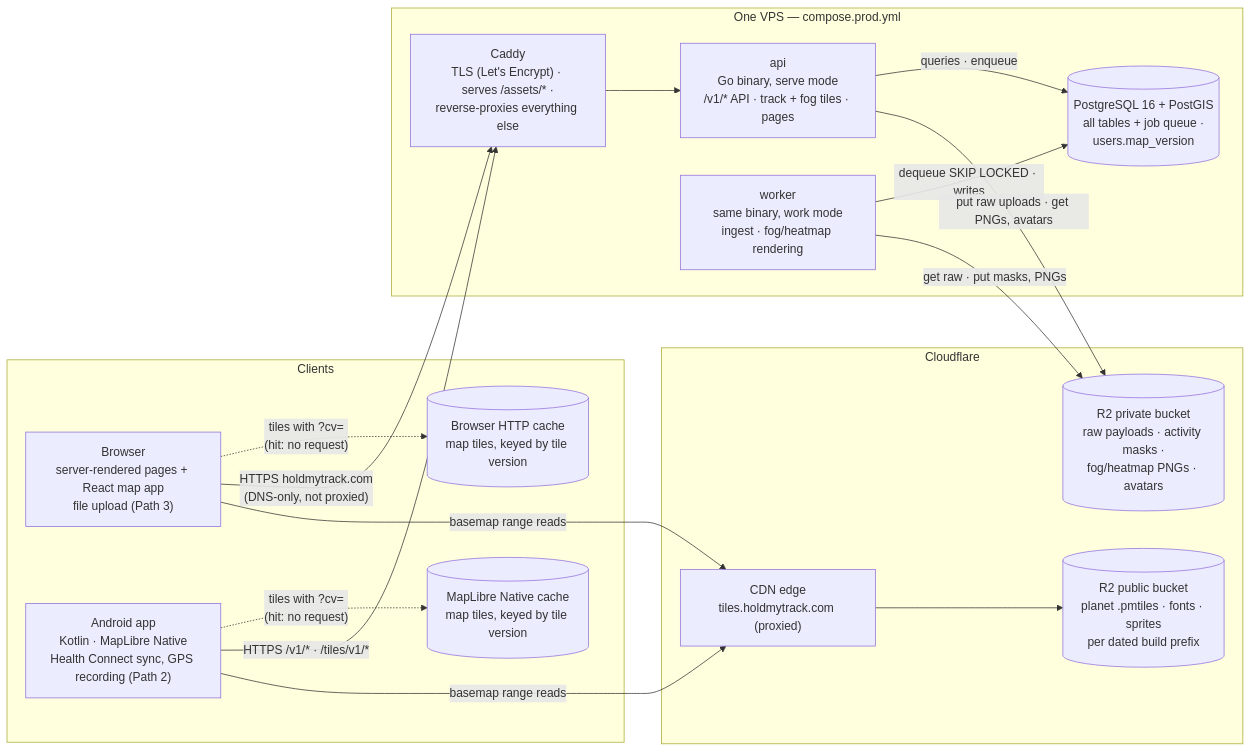
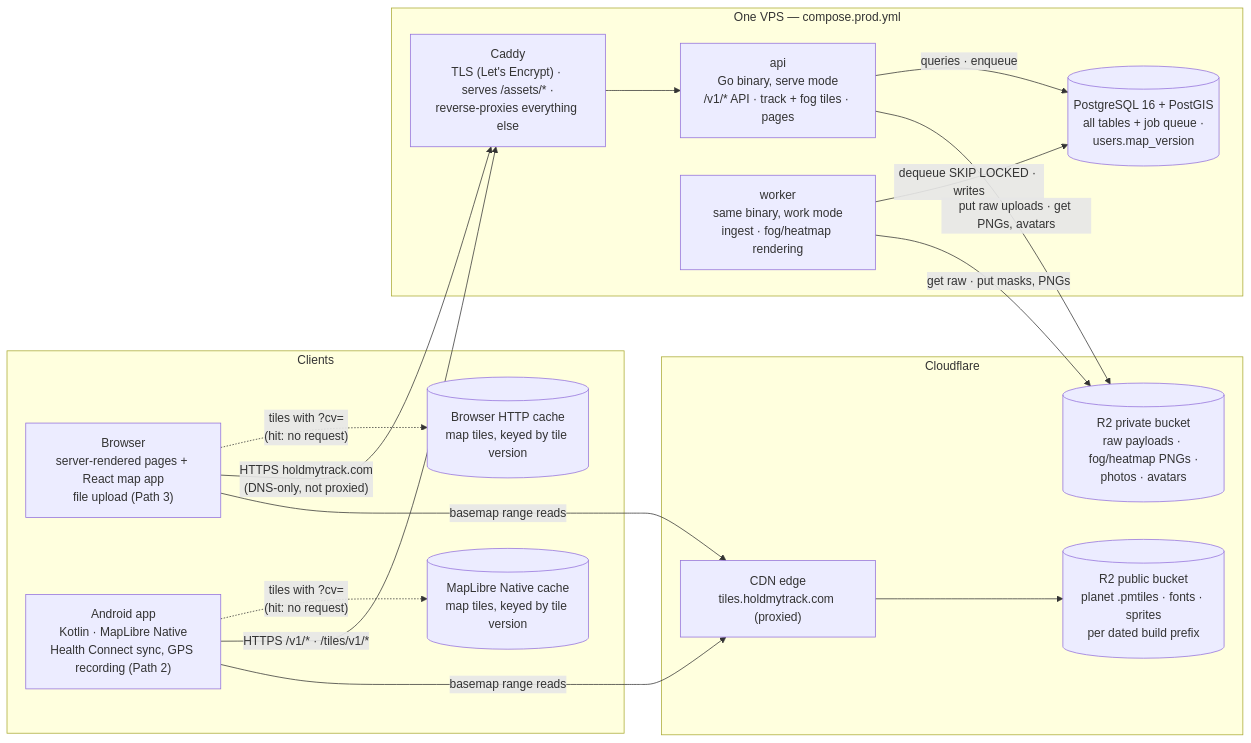
The diagram in docs/ARCHITECTURE.md (HoldMyTrack/holdmytrack), drawn with Mermaid before and after one commit. The commit also changed 10 other files, not shown here.

First line of the commit message:
Fog: activity masks' PNGs live in Postgres

````diff
--- a/docs/ARCHITECTURE.md
+++ b/docs/ARCHITECTURE.md
@@ -35,32 +35,32 @@
 ```mermaid
 flowchart LR
     subgraph Clients
         browser["Browser<br/>server-rendered pages + React map app<br/>file upload (Path 3)"]
         android["Android app<br/>Kotlin · MapLibre Native<br/>Health Connect sync, GPS recording (Path 2)"]
         bcache[("Browser HTTP cache<br/>map tiles, keyed by tile version")]
         acache[("MapLibre Native cache<br/>map tiles, keyed by tile version")]
     end
     subgraph VPS["One VPS — compose.prod.yml"]
         caddy["Caddy<br/>TLS (Let's Encrypt) · serves /assets/* ·<br/>reverse-proxies everything else"]
         api["api<br/>Go binary, serve mode<br/>/v1/* API · track + fog tiles · pages"]
         worker["worker<br/>same binary, work mode<br/>ingest · fog/heatmap rendering"]
         pg[("PostgreSQL 16 + PostGIS<br/>all tables + job queue ·<br/>users.map_version")]
     end
     subgraph CF["Cloudflare"]
         edge["CDN edge<br/>tiles.holdmytrack.com (proxied)"]
         pub[("R2 public bucket<br/>planet .pmtiles · fonts · sprites<br/>per dated build prefix")]
-        priv[("R2 private bucket<br/>raw payloads · activity masks ·<br/>fog/heatmap PNGs · avatars")]
+        priv[("R2 private bucket<br/>raw payloads · fog/heatmap PNGs ·<br/>photos · avatars")]
     end
     browser -.->|"tiles with ?cv=<br/>(hit: no request)"| bcache
     android -.->|"tiles with ?cv=<br/>(hit: no request)"| acache
     browser -->|"HTTPS holdmytrack.com<br/>(DNS-only, not proxied)"| caddy
     android -->|"HTTPS /v1/* · /tiles/v1/*"| caddy
     caddy --> api
     api -->|queries · enqueue| pg
     worker -->|dequeue SKIP LOCKED · writes| pg
     api -->|put raw uploads · get PNGs, avatars| priv
     worker -->|get raw · put masks, PNGs| priv
     browser -->|basemap range reads| edge
     android -->|basemap range reads| edge
     edge --> pub
 ```
````
